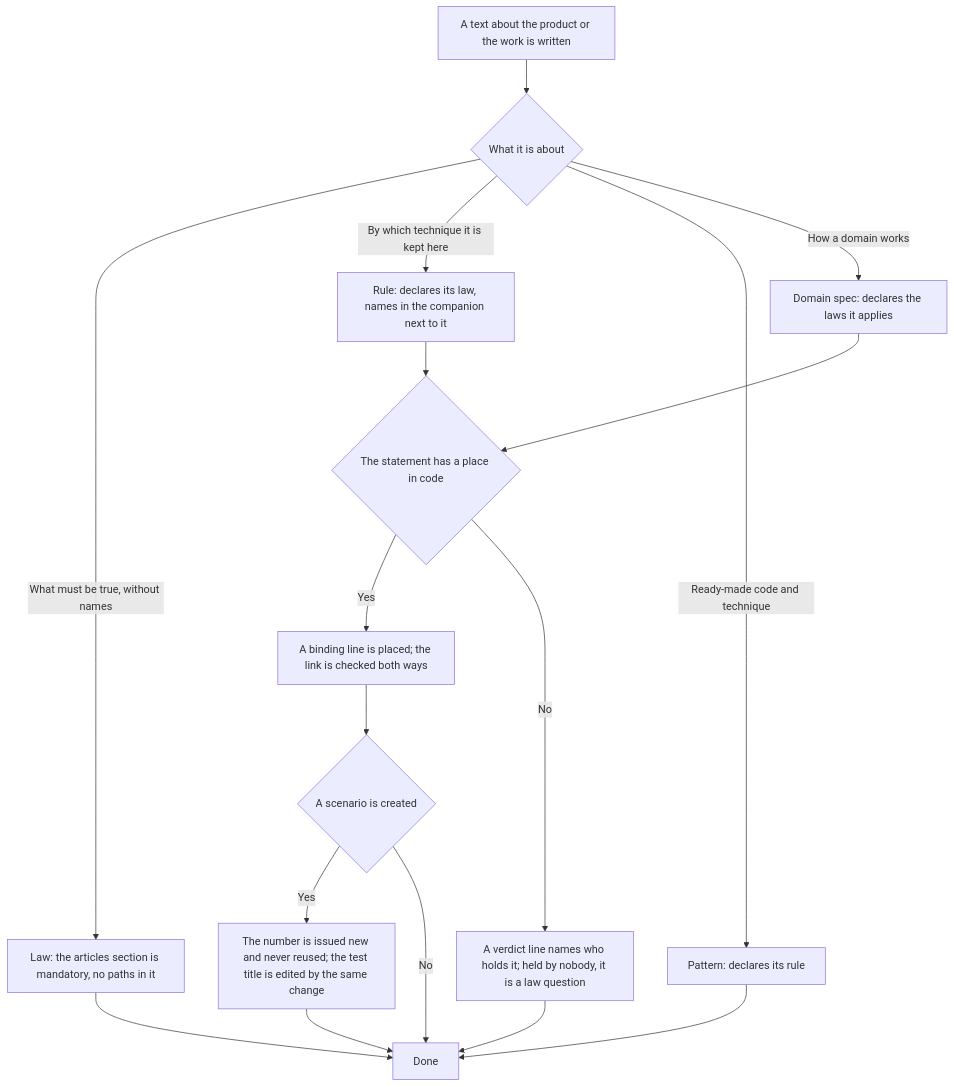
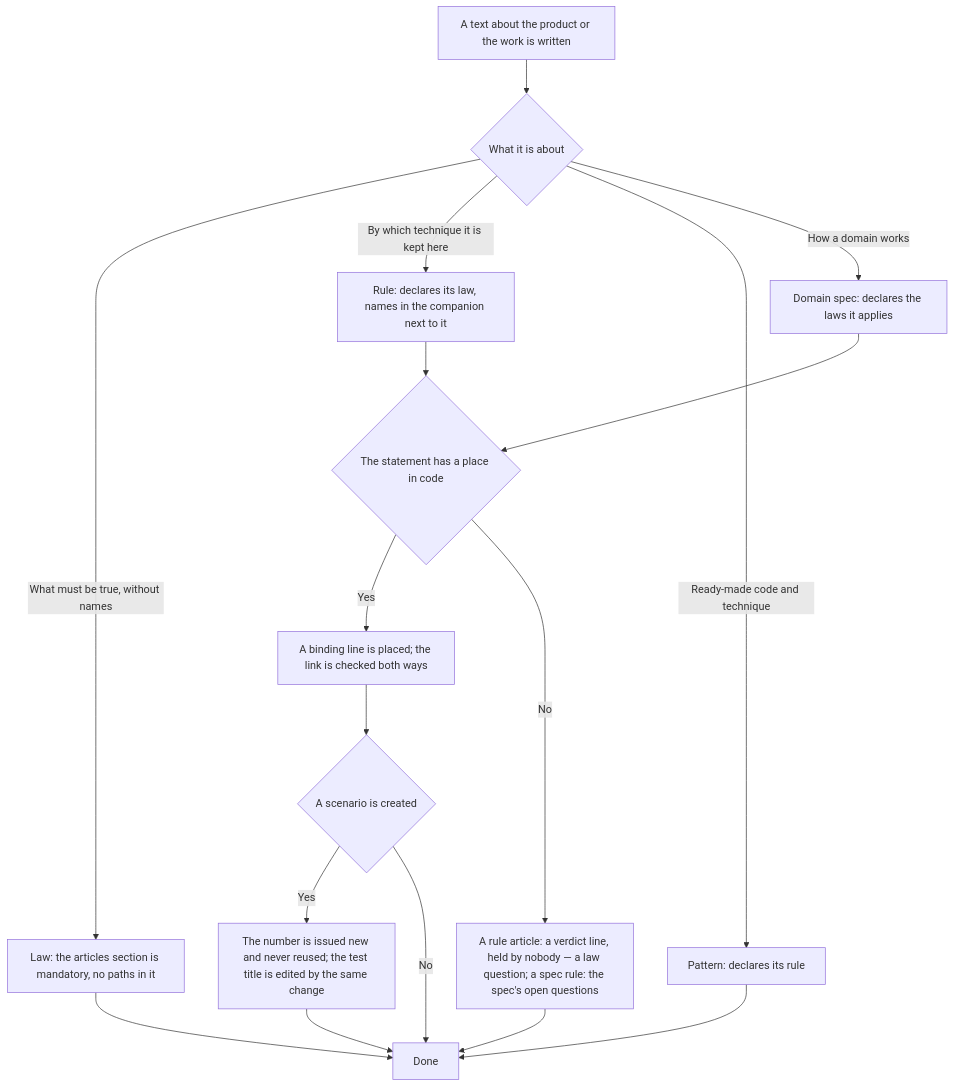
One commit to Eyhenij/rt-tools changed the diagram in .claude/skills/spec-driven/SKILL.md. Above: the diagram before and after it, drawn with Mermaid. The commit also changed other lines of this file and 14 other files, not shown here.

````diff
--- a/.claude/skills/spec-driven/SKILL.md
+++ b/.claude/skills/spec-driven/SKILL.md
@@ -69,19 +69,19 @@
 ```mermaid
 flowchart TD
     A[A text about the product or the work is written] --> B{What it is about}
     B -->|What must be true, without names| C[Law: the articles section is mandatory, no paths in it]
     B -->|By which technique it is kept here| D[Rule: declares its law, names in the companion next to it]
     B -->|Ready-made code and technique| E[Pattern: declares its rule]
     B -->|How a domain works| F[Domain spec: declares the laws it applies]
     D --> G{The statement has a place in code}
     F --> G
     G -->|Yes| H[A binding line is placed; the link is checked both ways]
-    G -->|No| I[A verdict line names who holds it; held by nobody, it is a law question]
+    G -->|No| I[A rule article: a verdict line, held by nobody — a law question; a spec rule: the spec's open questions]
     H --> J{A scenario is created}
     J -->|Yes| K[The number is issued new and never reused; the test title is edited by the same change]
     J -->|No| L[Done]
     C --> L
     E --> L
     K --> L
     I --> L
 ```
````
